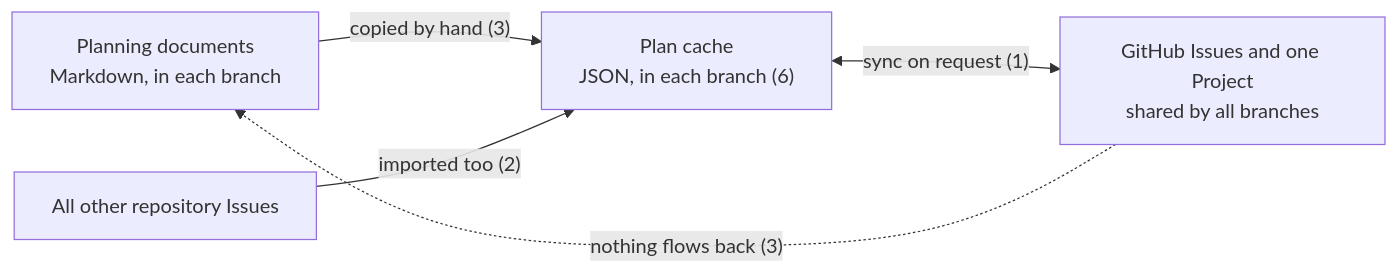
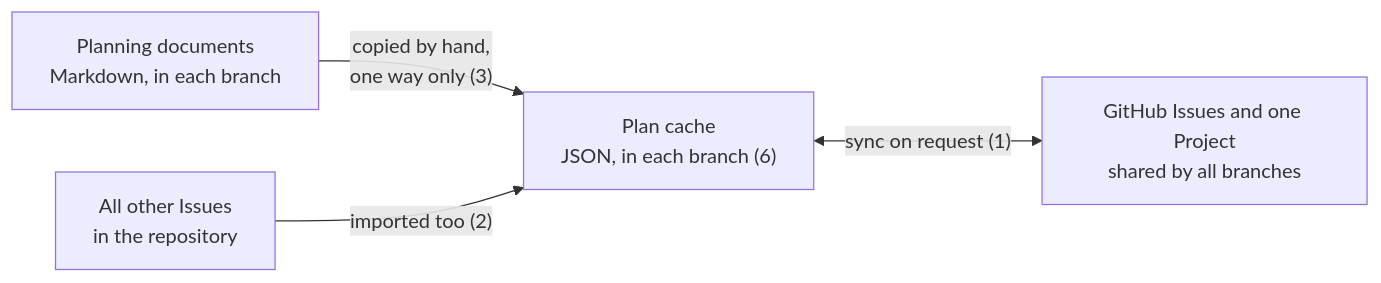
One commit to Elustondo-ai/asdg changed the diagram in docs/asdg/00-governance/reports/2026-11-25-plan-sync-findings.md. Above: the diagram before and after it, drawn with Mermaid. The commit also changed other lines of this file and 1 other file, not shown here.

Commit message:
Make the two plan-sync report diagrams readable on GitHub
The first rendering placed the planning documents after GitHub and drew
the copy step right to left; the cycle is replaced by a one-way label.
The step diagram becomes a single top-to-bottom chain so its labels stay
legible in a narrow document pane.

````diff
--- a/docs/asdg/00-governance/reports/2026-11-25-plan-sync-findings.md
+++ b/docs/asdg/00-governance/reports/2026-11-25-plan-sync-findings.md
@@ -6,7 +6,6 @@
 ```mermaid
 flowchart LR
-    M["Planning documents<br/>Markdown, in each branch"] -- "copied by hand (3)" --> C["Plan cache<br/>JSON, in each branch (6)"]
+    M["Planning documents<br/>Markdown, in each branch"] -- "copied by hand,<br/>one way only (3)" --> C["Plan cache<br/>JSON, in each branch (6)"]
+    R["All other Issues<br/>in the repository"] -- "imported too (2)" --> C
     C <-- "sync on request (1)" --> G["GitHub Issues and one Project<br/>shared by all branches"]
-    R["All other repository Issues"] -- "imported too (2)" --> C
-    G -. "nothing flows back (3)" .-> M
 ```
````
